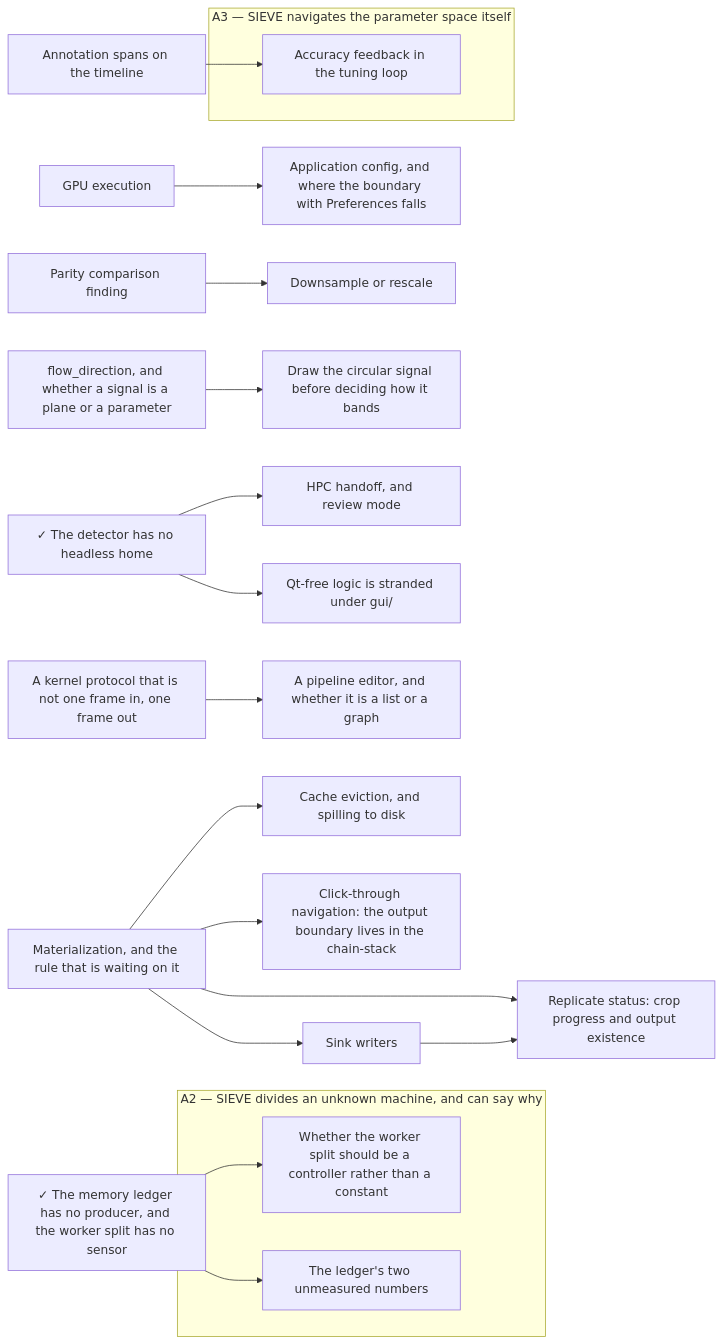
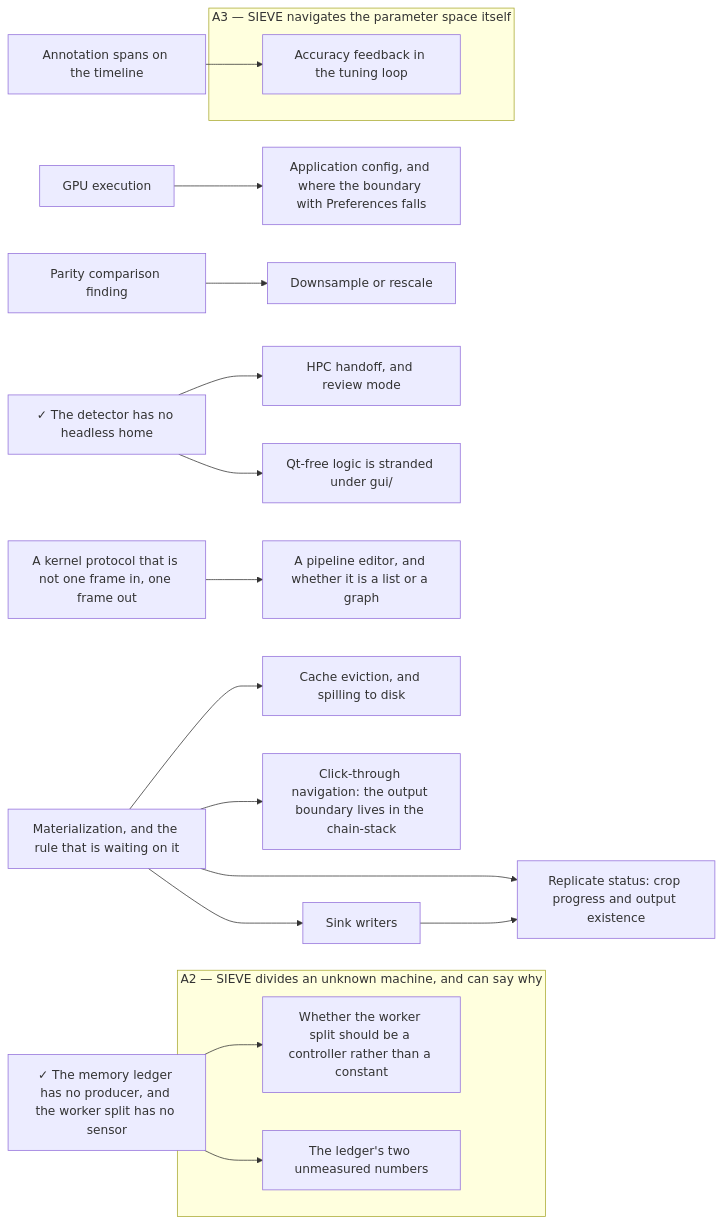
The diagram in docs/.state.md (soulsynapse/antscihub-SIEVE), drawn with Mermaid before and after one commit. The commit also changed other lines of this file and 15 other files, not shown here.

````diff
--- a/docs/.state.md
+++ b/docs/.state.md
@@ -82,42 +76,39 @@
 ```mermaid
 graph LR
   subgraph A2["A2 — SIEVE divides an unknown machine, and can say why"]
       adaptive_worker_allocation["Whether the worker split should be a controller rather than a constant"]
       ledger_measurements["The ledger's two unmeasured numbers"]
   end
   subgraph A3["A3 — SIEVE navigates the parameter space itself"]
       accuracy_feedback["Accuracy feedback in the tuning loop"]
   end
     annotation_spans["Annotation spans on the timeline"]
     application_config["Application config, and where the boundary with Preferences falls"]
-    block_signal_free_measures["flow_direction, and whether a signal is a plane or a parameter"]
     cache_eviction["Cache eviction, and spilling to disk"]
     click_through_navigation["Click-through navigation: the output boundary lives in the chain-stack"]
     downsample_or_rescale["Downsample or rescale"]
     gpu_execution["GPU execution"]
     headless_detection["✓ The detector has no headless home"]
     hpc_handoff_and_review_mode["HPC handoff, and review mode"]
     kernel_protocol_beyond_one_frame["A kernel protocol that is not one frame in, one frame out"]
     ledger_producers["✓ The memory ledger has no producer, and the worker split has no sensor"]
     materialization["Materialization, and the rule that is waiting on it"]
-    mockups_for_representation_questions["Draw the circular signal before deciding how it bands"]
     parity_comparison_finding["Parity comparison finding"]
     pipeline_editor_list_or_graph["A pipeline editor, and whether it is a list or a graph"]
     qt_free_logic_under_gui["Qt-free logic is stranded under gui/"]
     replicate_status_columns["Replicate status: crop progress and output existence"]
     sink_writers["Sink writers"]
     annotation_spans --> accuracy_feedback
     ledger_producers --> adaptive_worker_allocation
     gpu_execution --> application_config
     materialization --> cache_eviction
     materialization --> click_through_navigation
     parity_comparison_finding --> downsample_or_rescale
     headless_detection --> hpc_handoff_and_review_mode
     ledger_producers --> ledger_measurements
-    block_signal_free_measures --> mockups_for_representation_questions
     kernel_protocol_beyond_one_frame --> pipeline_editor_list_or_graph
     headless_detection --> qt_free_logic_under_gui
     sink_writers --> replicate_status_columns
     materialization --> replicate_status_columns
     materialization --> sink_writers
 ```
````
